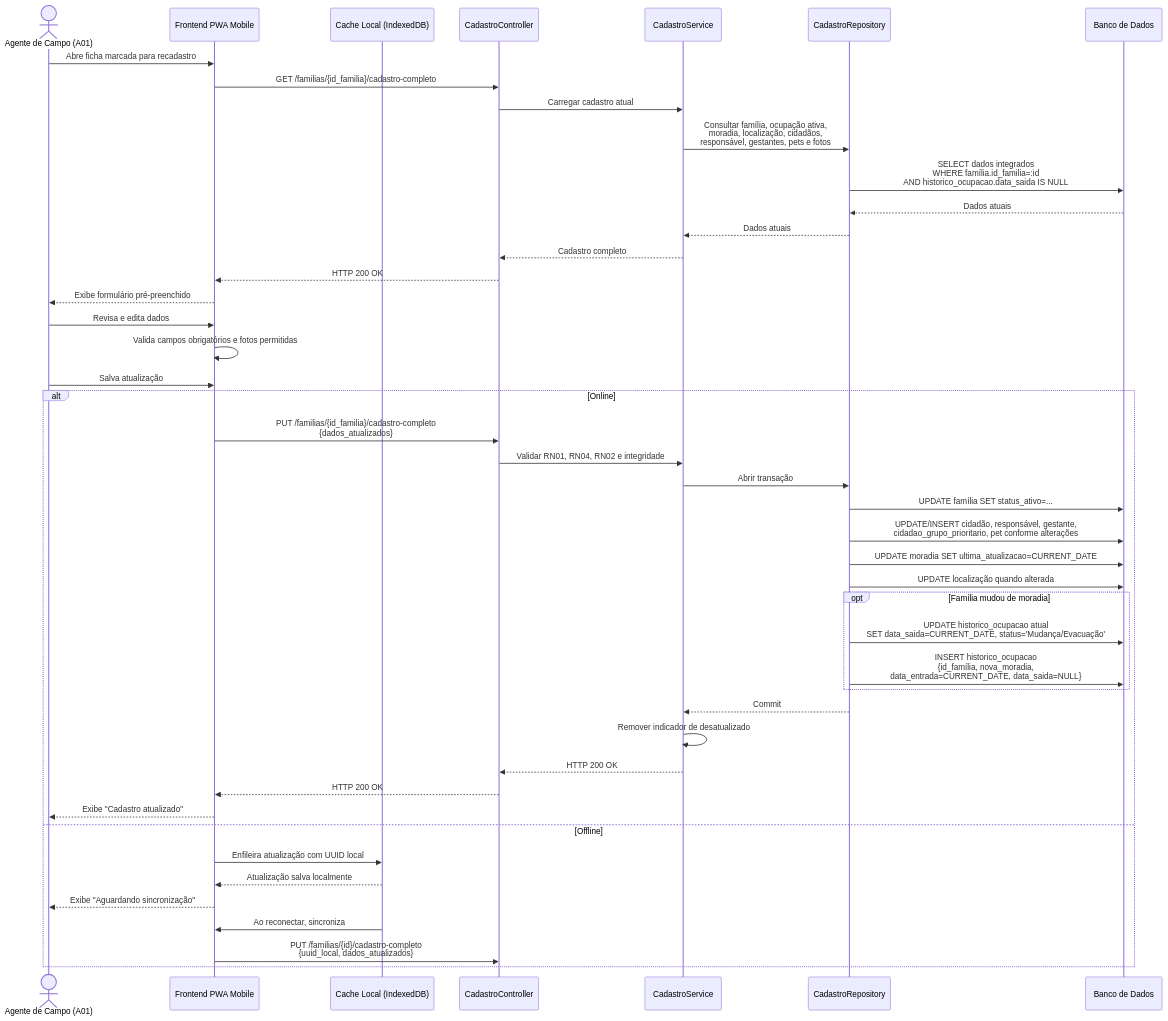
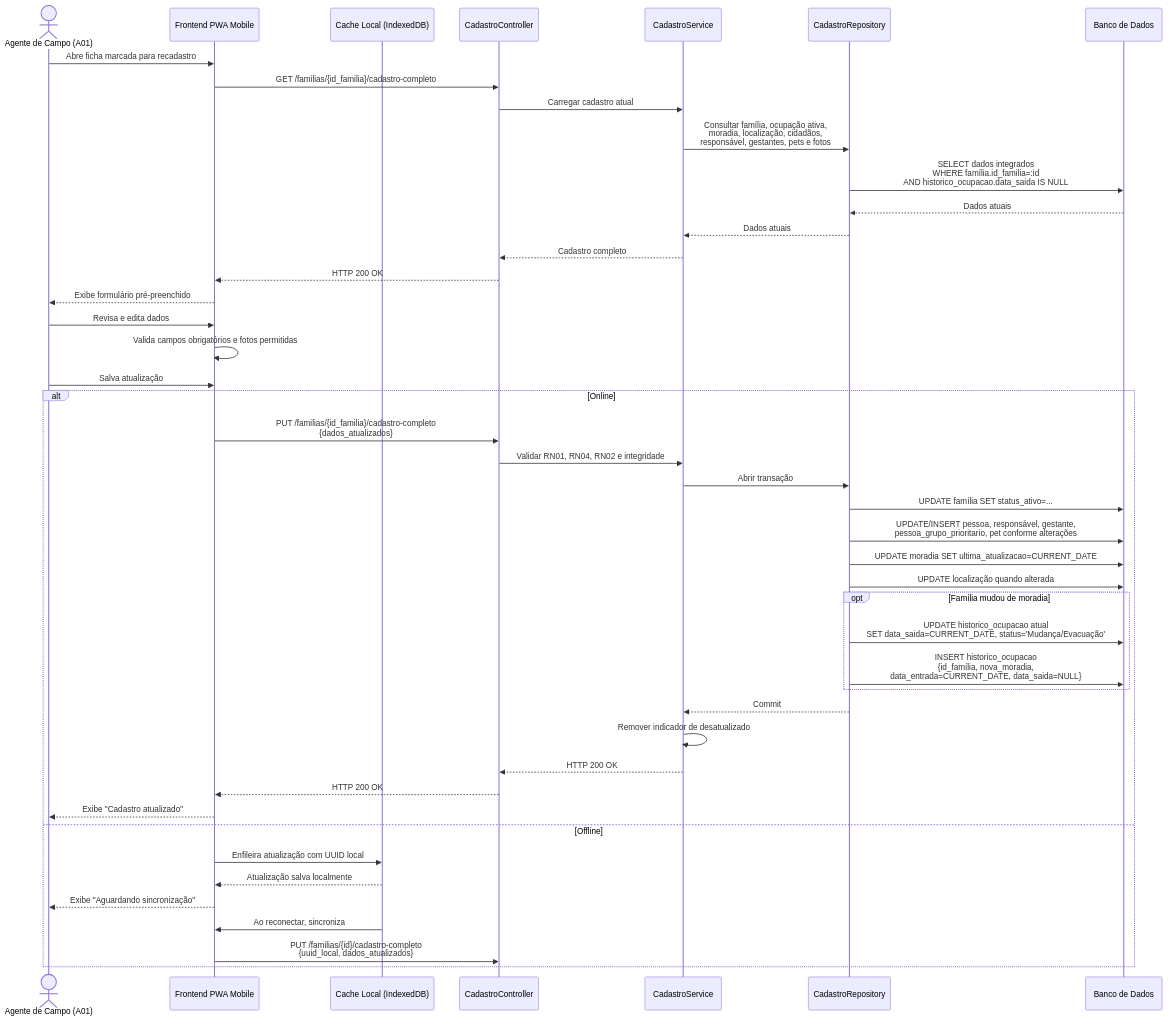
Before and after one commit to davitricarico-wq/g03: the fifth of 12 diagrams in documentos/wad.md, drawn with Mermaid. The commit also changed other lines of this file, not shown here.

Commit message:
doc(diagrama-sequencia-3.2.4): atualização dos diagramas, alterando nomenclaturas de entidades, endpoints implementados. Deixando de acordo com escopo atual. [card#153]

````diff
--- a/documentos/wad.md
+++ b/documentos/wad.md
@@ -811,53 +800,53 @@
 ```mermaid
 sequenceDiagram
     actor Agente as Agente de Campo (A01)
     participant Frontend as Frontend PWA Mobile
     participant Cache as Cache Local (IndexedDB)
     participant Controller as CadastroController
     participant Service as CadastroService
     participant Repository as CadastroRepository
     participant DB as Banco de Dados
 
     Agente->>Frontend: Abre ficha marcada para recadastro
     Frontend->>Controller: GET /familias/{id_familia}/cadastro-completo
     Controller->>Service: Carregar cadastro atual
     Service->>Repository: Consultar família, ocupação ativa,<br/>moradia, localização, cidadãos,<br/>responsável, gestantes, pets e fotos
     Repository->>DB: SELECT dados integrados<br/>WHERE família.id_familia=:id<br/>AND historico_ocupacao.data_saida IS NULL
     DB-->>Repository: Dados atuais
     Repository-->>Service: Dados atuais
     Service-->>Controller: Cadastro completo
     Controller-->>Frontend: HTTP 200 OK
     Frontend-->>Agente: Exibe formulário pré-preenchido
 
     Agente->>Frontend: Revisa e edita dados
     Frontend->>Frontend: Valida campos obrigatórios e fotos permitidas
     Agente->>Frontend: Salva atualização
 
     alt Online
         Frontend->>Controller: PUT /familias/{id_familia}/cadastro-completo<br/>{dados_atualizados}
         Controller->>Service: Validar RN01, RN04, RN02 e integridade
         Service->>Repository: Abrir transação
         Repository->>DB: UPDATE família SET status_ativo=...
-        Repository->>DB: UPDATE/INSERT cidadão, responsável, gestante,<br/>cidadao_grupo_prioritario, pet conforme alterações
+        Repository->>DB: UPDATE/INSERT pessoa, responsável, gestante,<br/>pessoa_grupo_prioritario, pet conforme alterações
         Repository->>DB: UPDATE moradia SET ultima_atualizacao=CURRENT_DATE
         Repository->>DB: UPDATE localização quando alterada
 
         opt Família mudou de moradia
             Repository->>DB: UPDATE historico_ocupacao atual<br/>SET data_saida=CURRENT_DATE, status='Mudança/Evacuação'
             Repository->>DB: INSERT historico_ocupacao<br/>{id_família, nova_moradia,<br/>data_entrada=CURRENT_DATE, data_saida=NULL}
         end
 
         Repository-->>Service: Commit
         Service->>Service: Remover indicador de desatualizado
         Service-->>Controller: HTTP 200 OK
         Controller-->>Frontend: HTTP 200 OK
         Frontend-->>Agente: Exibe "Cadastro atualizado"
 
     else Offline
         Frontend->>Cache: Enfileira atualização com UUID local
         Cache-->>Frontend: Atualização salva localmente
         Frontend-->>Agente: Exibe "Aguardando sincronização"
         Cache->>Frontend: Ao reconectar, sincroniza
         Frontend->>Controller: PUT /familias/{id}/cadastro-completo<br/>{uuid_local, dados_atualizados}
     end
 ```
````
